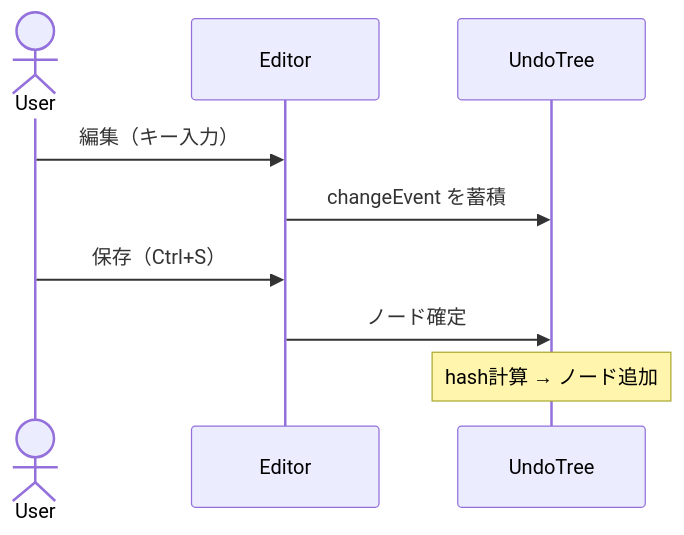
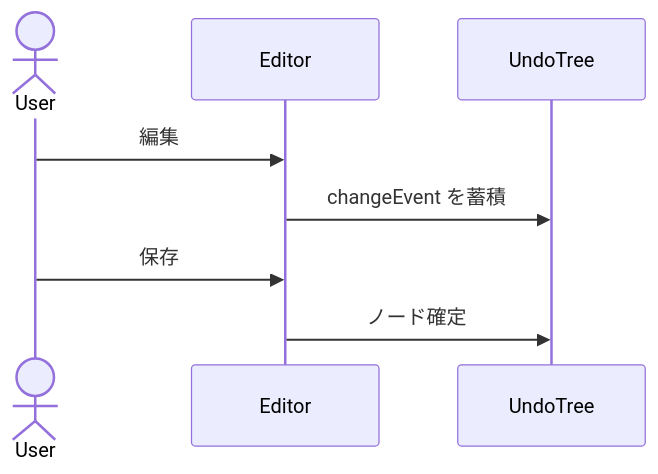
The fourth of 6 diagrams in README_ja.md (mmiyaji/vscode-undotree), drawn with Mermaid before and after one commit. The commit also changed other lines of this file and 10 other files, not shown here.

````diff
--- a/README_ja.md
+++ b/README_ja.md
@@ -126,12 +186,11 @@
 ```mermaid
 sequenceDiagram
   actor User
   participant Editor
   participant UndoTree
 
-  User->>Editor: 編集（キー入力）
+  User->>Editor: 編集
   Editor->>UndoTree: changeEvent を蓄積
-  User->>Editor: 保存（Ctrl+S）
+  User->>Editor: 保存
   Editor->>UndoTree: ノード確定
-  Note over UndoTree: hash計算 → ノード追加
 ```
````
